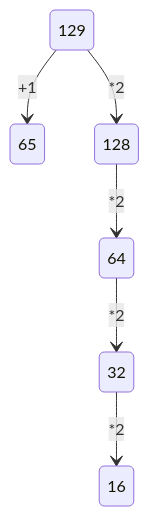
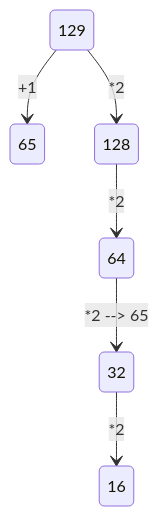
Before and after one commit to NikitaDavydov11/FirstRepository: the diagram in ЕГЭ.md, drawn with Mermaid. The commit also changed other lines of this file, not shown here.

````diff
--- a/ЕГЭ.md
+++ b/ЕГЭ.md
@@ -20,8 +20,8 @@
 ```mermaid
 stateDiagram-v2 
     129 --> 128:*2
     129 --> 65:+1
     128 --> 64:*2
-    64 --> 32:*2
+    64 --> 32:*2 --> 65
     32 --> 16:*2
 ```
````
